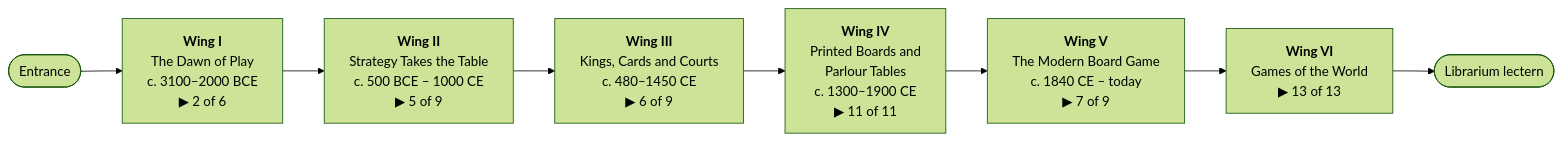
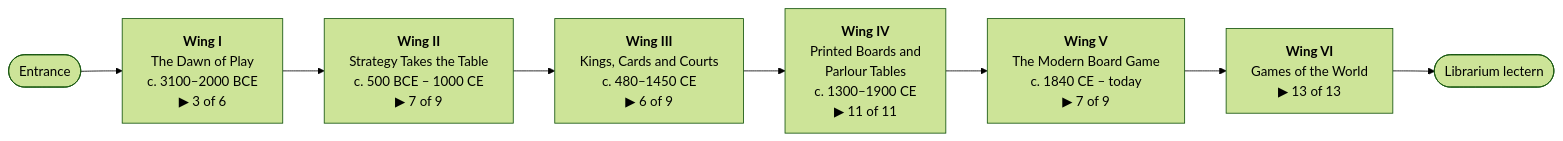
The first of 2 diagrams in README.md (CptNope/Librarium-Archives), drawn with Mermaid (forest theme) before and after one commit. The commit also changed other lines of this file and 15 other files, not shown here.

````diff
--- a/README.md
+++ b/README.md
@@ -15,10 +15,10 @@
 ```mermaid
 flowchart LR
     E([Entrance]) --> W1
-    W1["<b>Wing I</b><br/>The Dawn of Play<br/>c. 3100–2000 BCE<br/>▶ 2 of 6"] --> W2
-    W2["<b>Wing II</b><br/>Strategy Takes the Table<br/>c. 500 BCE – 1000 CE<br/>▶ 5 of 9"] --> W3
+    W1["<b>Wing I</b><br/>The Dawn of Play<br/>c. 3100–2000 BCE<br/>▶ 3 of 6"] --> W2
+    W2["<b>Wing II</b><br/>Strategy Takes the Table<br/>c. 500 BCE – 1000 CE<br/>▶ 7 of 9"] --> W3
     W3["<b>Wing III</b><br/>Kings, Cards and Courts<br/>c. 480–1450 CE<br/>▶ 6 of 9"] --> W4
     W4["<b>Wing IV</b><br/>Printed Boards and<br/>Parlour Tables<br/>c. 1300–1900 CE<br/>▶ 11 of 11"] --> W5
     W5["<b>Wing V</b><br/>The Modern Board Game<br/>c. 1840 CE – today<br/>▶ 7 of 9"] --> W6
     W6["<b>Wing VI</b><br/>Games of the World<br/>▶ 13 of 13"] --> L([Librarium lectern])
 ```
````
